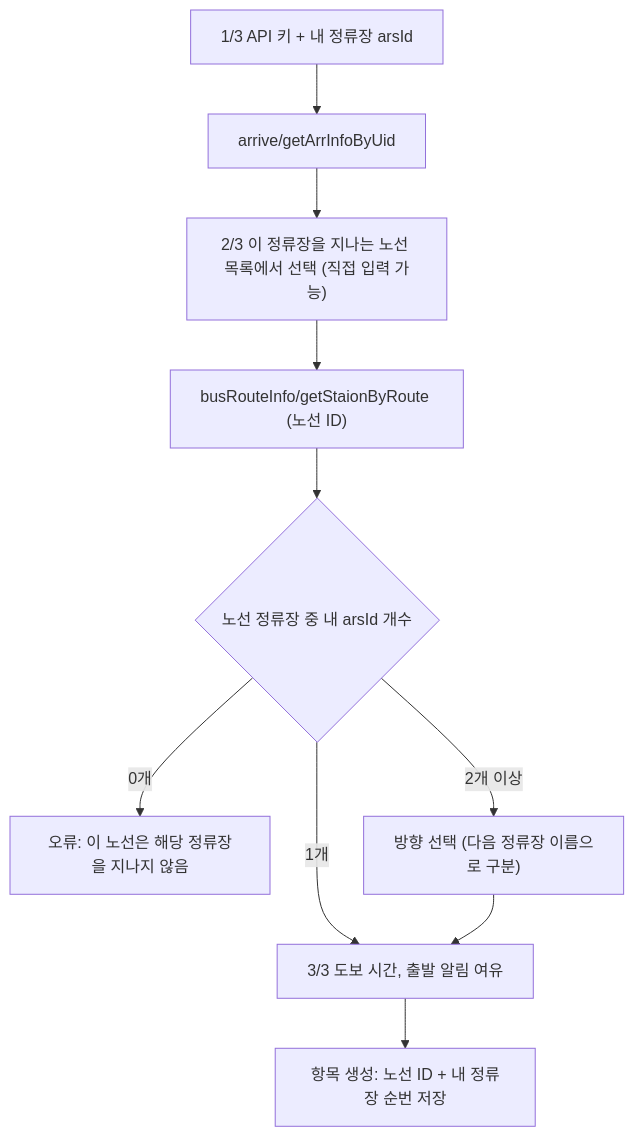
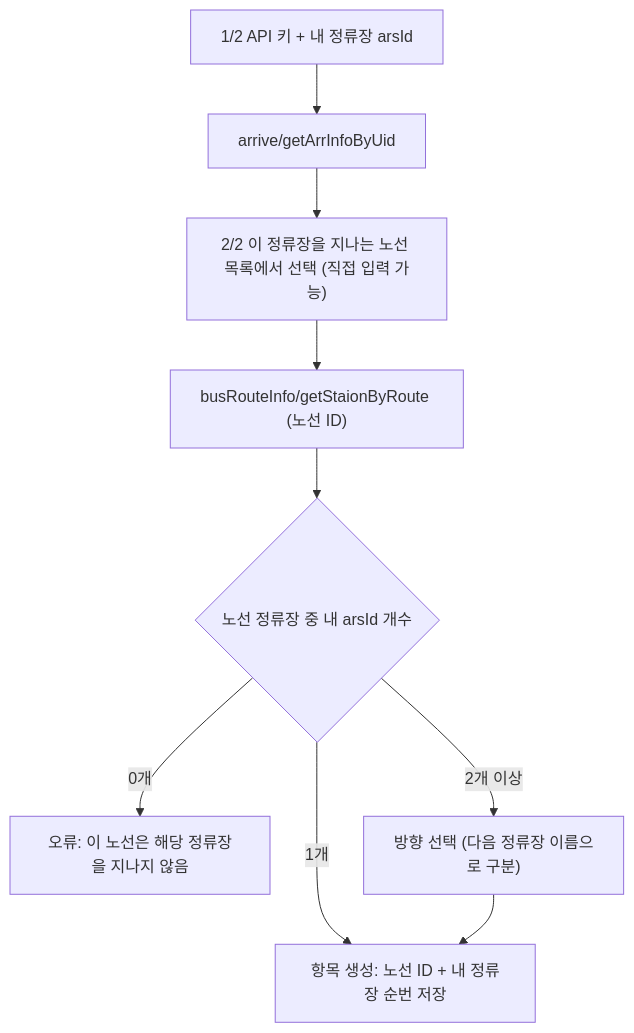
One commit to phoenix9469/DaejeonBus_HA changed the second of 5 diagrams in README.md. Above: the diagram before and after it, drawn with Mermaid. The commit also changed other lines of this file and 19 other files, not shown here.

````diff
--- a/README.md
+++ b/README.md
@@ -84,12 +85,12 @@
 ```mermaid
 flowchart TD
-    A["1/3 API 키 + 내 정류장 arsId"] --> B["arrive/getArrInfoByUid"]
-    B --> C["2/3 이 정류장을 지나는 노선 목록에서 선택 (직접 입력 가능)"]
+    A["1/2 API 키 + 내 정류장 arsId"] --> B["arrive/getArrInfoByUid"]
+    B --> C["2/2 이 정류장을 지나는 노선 목록에서 선택 (직접 입력 가능)"]
     C --> D["busRouteInfo/getStaionByRoute (노선 ID)"]
     D --> E{"노선 정류장 중 내 arsId 개수"}
     E -- 0개 --> X["오류: 이 노선은 해당 정류장을 지나지 않음"]
-    E -- 1개 --> G["3/3 도보 시간, 출발 알림 여유"]
+    E -- 1개 --> G
     E -- 2개 이상 --> F["방향 선택 (다음 정류장 이름으로 구분)"]
     F --> G
-    G --> H["항목 생성: 노선 ID + 내 정류장 순번 저장"]
+    G["항목 생성: 노선 ID + 내 정류장 순번 저장"]
 ```
````
